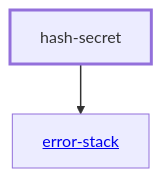
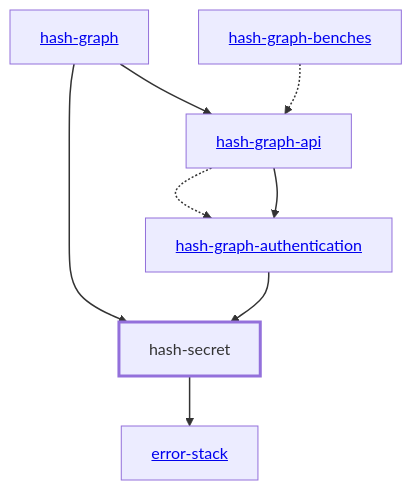
One commit to hashintel/hash changed the diagram in libs/@local/secret/docs/dependency-diagram.mmd. Above: the diagram before and after it, drawn with Mermaid. The commit also changed 18 other files, not shown here.

Commit message:
Carry the API token encryption key in a `Secret`

```diff
--- a/libs/@local/secret/docs/dependency-diagram.mmd
+++ b/libs/@local/secret/docs/dependency-diagram.mmd
@@ -1,14 +1,24 @@
 graph TD
     linkStyle default stroke-width:1.5px
     classDef default stroke-width:1px
     classDef root stroke-width:3px
     classDef dev stroke-width:1px
     classDef build stroke-width:1px
     %% Legend
     %% --> : Normal dependency
     %% -.-> : Dev dependency
     %% ---> : Build dependency
-    0[hash-secret]
-    class 0 root
-    1[<a href="../error_stack/index.html">error-stack</a>]
+    0[<a href="../hash_graph/index.html">hash-graph</a>]
+    1[<a href="../hash_graph_api/index.html">hash-graph-api</a>]
+    2[<a href="../hash_graph_authentication/index.html">hash-graph-authentication</a>]
+    3[hash-secret]
+    class 3 root
+    4[<a href="../error_stack/index.html">error-stack</a>]
+    5[<a href="../hash_graph_benches/index.html">hash-graph-benches</a>]
     0 --> 1
+    0 --> 3
+    1 -.-> 2
+    1 --> 2
+    2 --> 3
+    3 --> 4
+    5 -.-> 1
```
